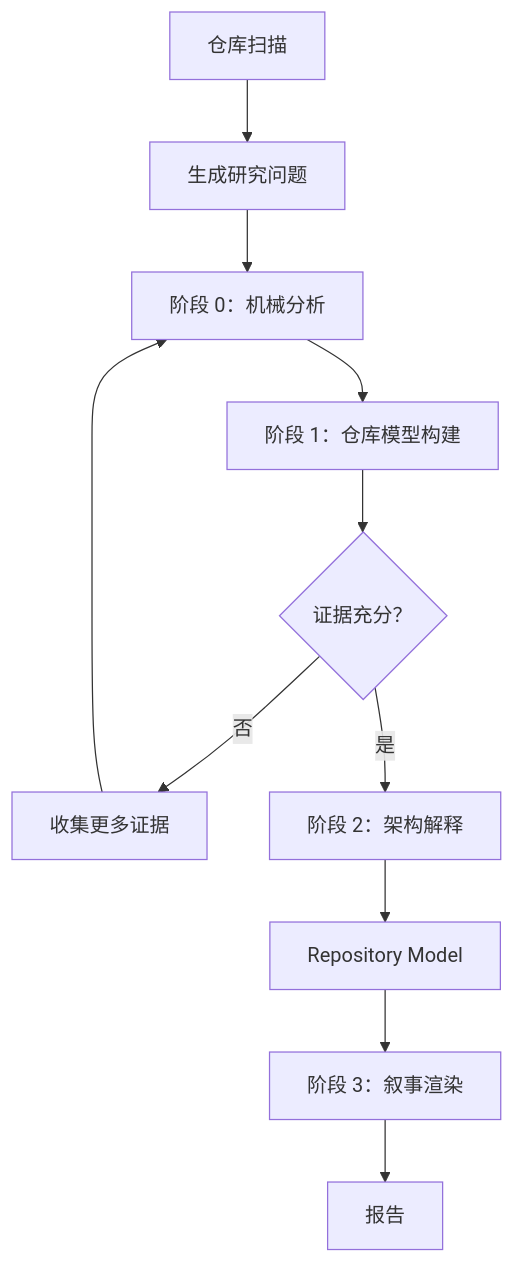
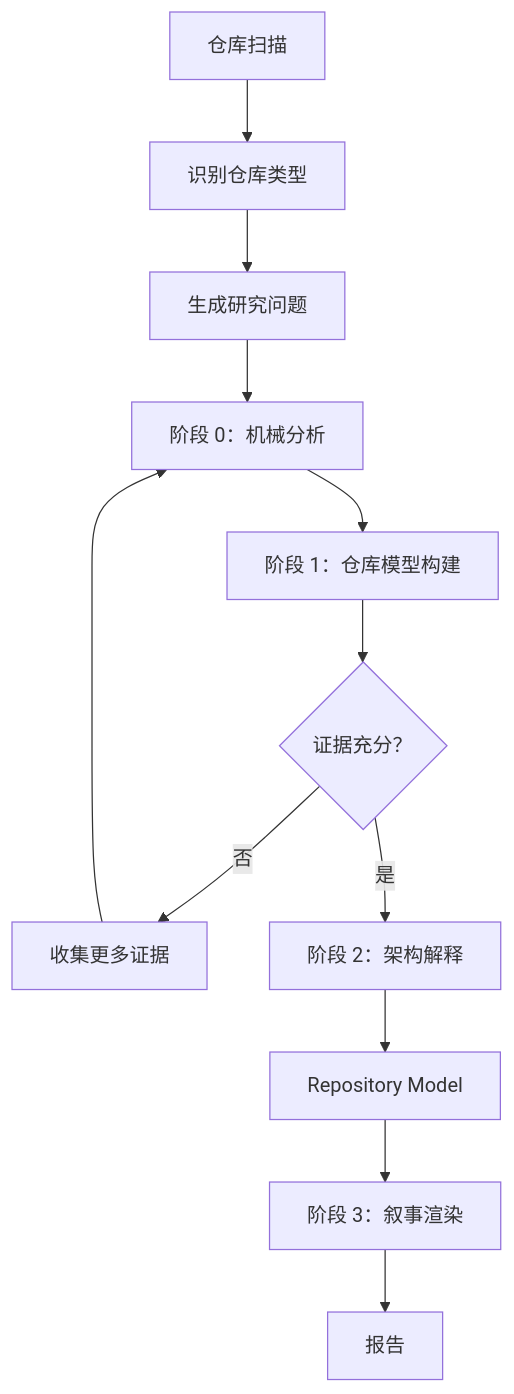
One commit to devweekly/devweekly.github.io changed the first of 2 diagrams in .trae/skills/repo-research-v2/SKILL.md. Above: the diagram before and after it, drawn with Mermaid. The commit also changed other lines of this file, not shown here.

````diff
--- a/.trae/skills/repo-research-v2/SKILL.md
+++ b/.trae/skills/repo-research-v2/SKILL.md
@@ -81,13 +81,14 @@
 ```mermaid
 flowchart TD
-    A[仓库扫描] --> B[生成研究问题]
-    B --> C[阶段 0：机械分析]
-    C --> D[阶段 1：仓库模型构建]
-    D --> E{证据充分？}
-    E -- 否 --> F[收集更多证据]
-    F --> C
-    E -- 是 --> G[阶段 2：架构解释]
-    G --> I[Repository Model]
-    I --> H[阶段 3：叙事渲染]
-    H --> J[报告]
+    A[仓库扫描] --> B[识别仓库类型]
+    B --> C[生成研究问题]
+    C --> D[阶段 0：机械分析]
+    D --> E[阶段 1：仓库模型构建]
+    E --> F{证据充分？}
+    F -- 否 --> G[收集更多证据]
+    G --> D
+    F -- 是 --> H[阶段 2：架构解释]
+    H --> I[Repository Model]
+    I --> J[阶段 3：叙事渲染]
+    J --> K[报告]
 ```
````
